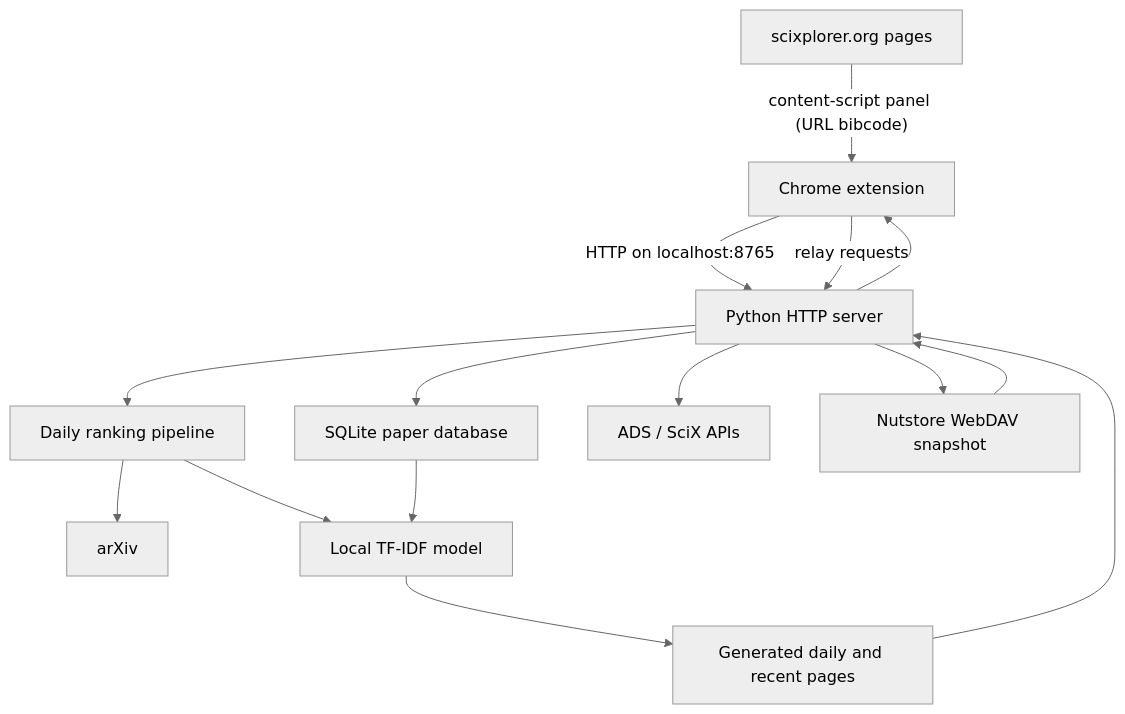
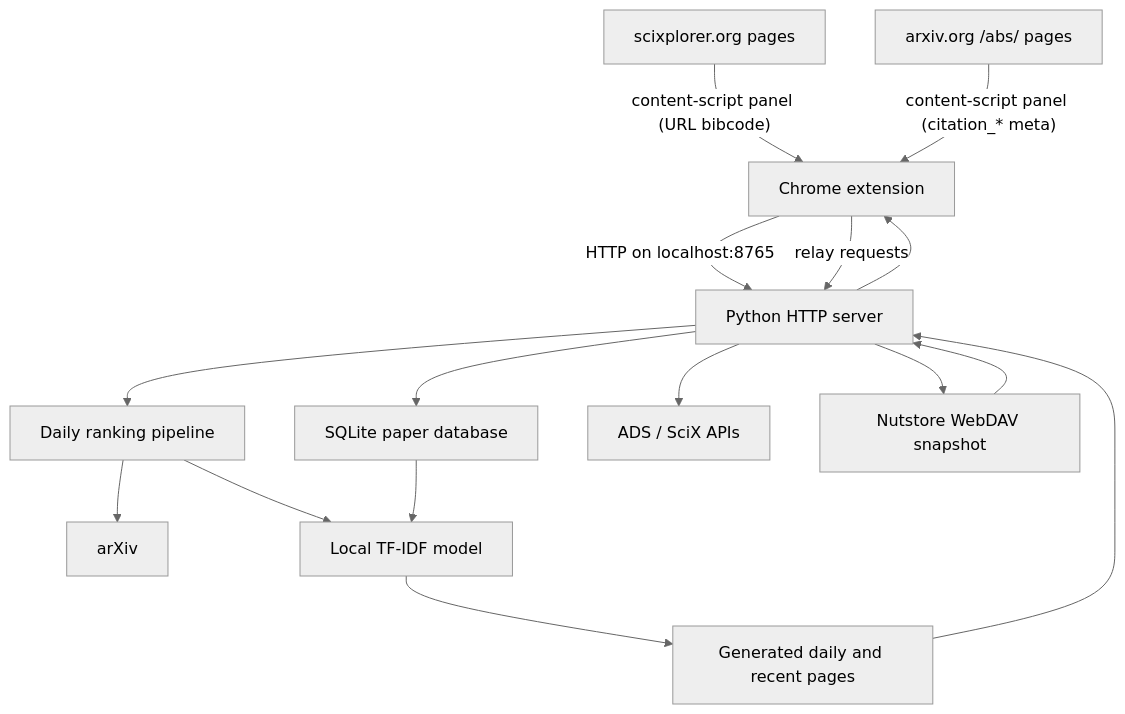
One commit to jyshangguan/ArXistant changed the diagram in docs/how-it-works.md. Above: the diagram before and after it, drawn with Mermaid (neutral theme). The commit also changed other lines of this file and 11 other files, not shown here.

First line of the commit message:
Add an "add to ArXistant" panel on arxiv.org, sharing one panel module

````diff
--- a/docs/how-it-works.md
+++ b/docs/how-it-works.md
@@ -16,17 +16,18 @@
 ```mermaid
 flowchart TD
     EXT["Chrome extension"] -->|"HTTP on localhost:8765"| SERVER["Python HTTP server"]
     SCIXPAGE["scixplorer.org pages"] -->|"content-script panel (URL bibcode)"| EXT
+    ARXIVPAGE["arxiv.org /abs/ pages"] -->|"content-script panel (citation_* meta)"| EXT
     EXT -->|"relay requests"| SERVER
     SERVER --> DB["SQLite paper database"]
     SERVER --> RANKER["Daily ranking pipeline"]
     RANKER --> ARXIV["arXiv"]
     SERVER --> ADS["ADS / SciX APIs"]
     SERVER --> CLOUD["Nutstore WebDAV snapshot"]
     CLOUD --> SERVER
     RANKER --> MODEL["Local TF-IDF model"]
     DB --> MODEL
     MODEL --> PAGES["Generated daily and recent pages"]
     PAGES --> SERVER
     SERVER --> EXT
 ```
````
